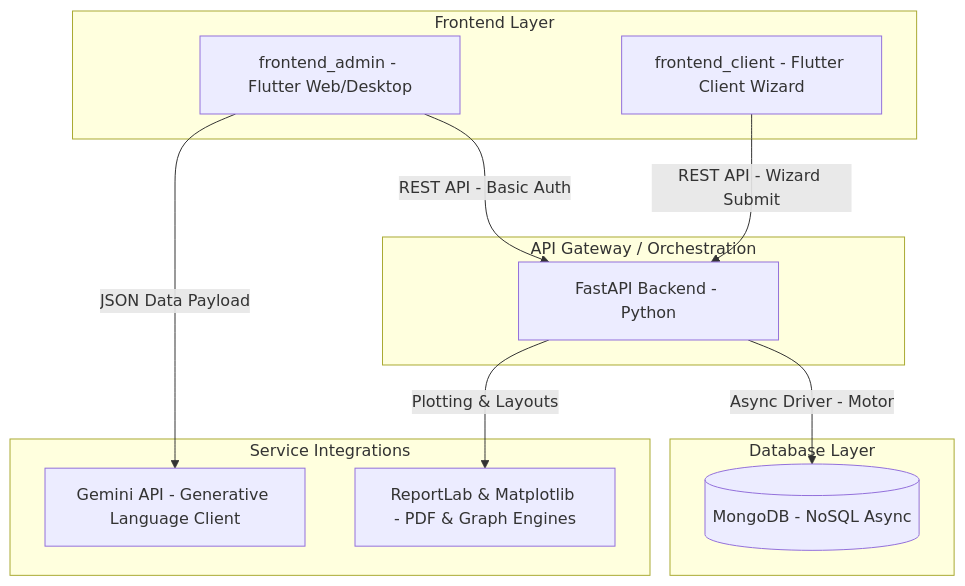
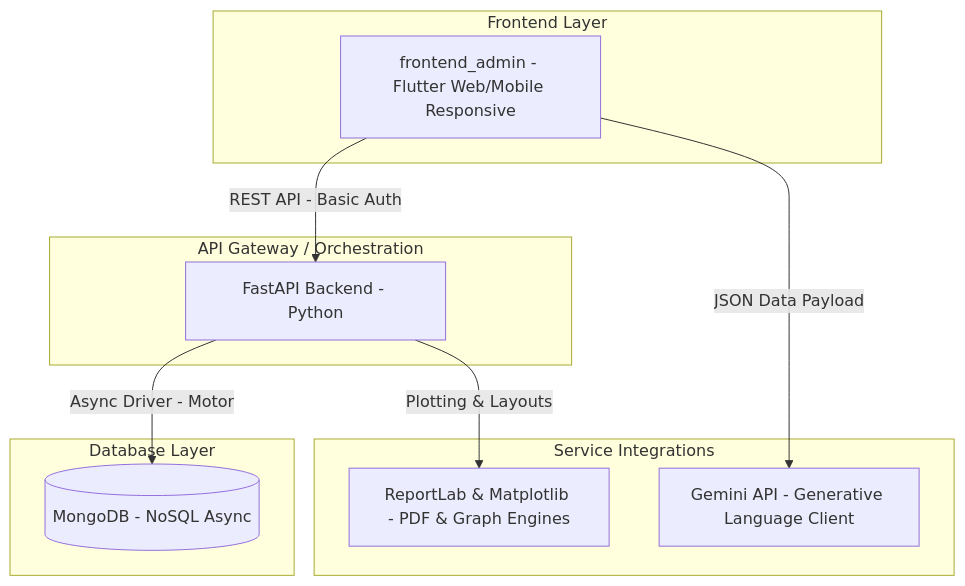
The diagram in ARCHITECTURE_MAP.md (RazorCopter/Autify), drawn with Mermaid before and after one commit. The commit also changed other lines of this file and 11 other files, not shown here.

````diff
--- a/ARCHITECTURE_MAP.md
+++ b/ARCHITECTURE_MAP.md
@@ -24,26 +24,24 @@
 ```mermaid
 graph TD
     subgraph Frontend Layer
-        FA[frontend_admin - Flutter Web/Desktop]
-        FC[frontend_client - Flutter Client Wizard]
+        FA[frontend_admin - Flutter Web/Mobile Responsive]
     end
 
     subgraph API Gateway / Orchestration
         API[FastAPI Backend - Python]
     end
 
     subgraph Service Integrations
         GEM[Gemini API - Generative Language Client]
         REP[ReportLab & Matplotlib - PDF & Graph Engines]
     end
 
     subgraph Database Layer
         DB[(MongoDB - NoSQL Async)]
     end
 
     FA -->|REST API - Basic Auth| API
-    FC -->|REST API - Wizard Submit| API
     API -->|Async Driver - Motor| DB
     API -->|Plotting & Layouts| REP
     FA -->|JSON Data Payload| GEM
 ```
````
